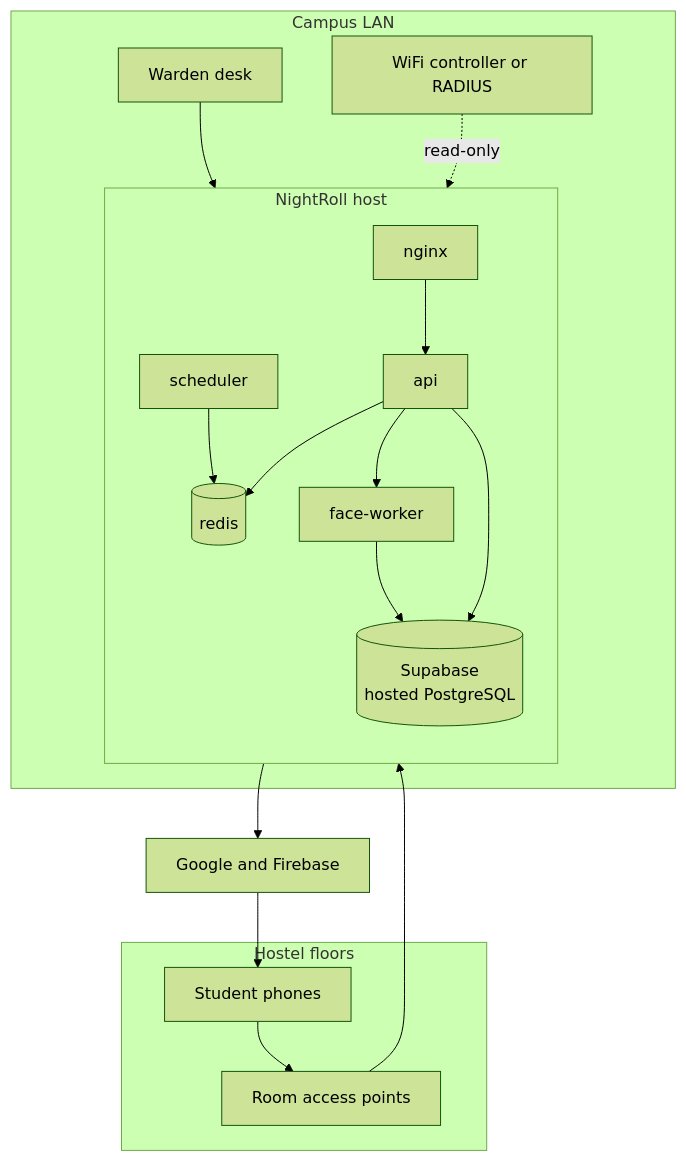
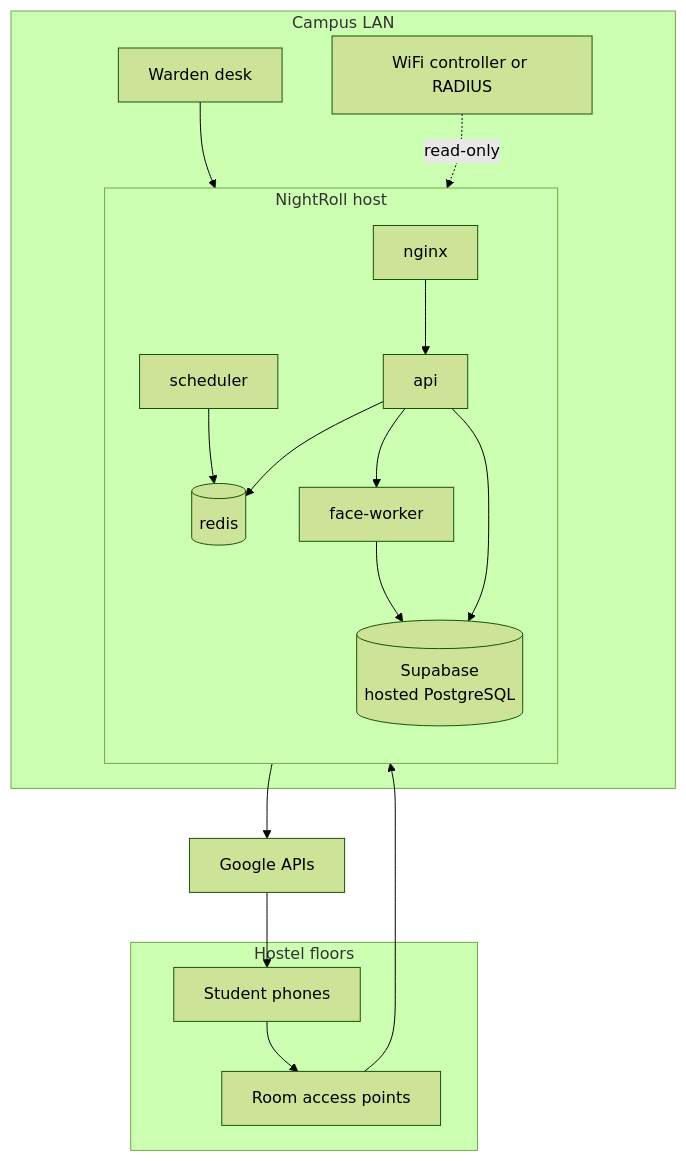
The tenth of 10 diagrams in docs/architecture.md (Rahul-8283/NightRoll), drawn with Mermaid (forest theme) before and after one commit. The commit also changed other lines of this file and 14 other files, not shown here.

````diff
--- a/docs/architecture.md
+++ b/docs/architecture.md
@@ -425,34 +416,34 @@
 ```mermaid
 flowchart TB
     subgraph Rooms["Hostel floors"]
         Ph["Student phones"]
         APs["Room access points"]
         Ph --> APs
     end
 
     subgraph Campus["Campus LAN"]
         Warden["Warden desk"]
         Ctrl["WiFi controller or RADIUS"]
         subgraph Host["NightRoll host"]
             direction TB
             N["nginx"]
             A["api"]
             F["face-worker"]
             S["scheduler"]
             P[("Supabase<br/>hosted PostgreSQL")]
             R[("redis")]
             N --> A
             A --> P
             A --> R
             A --> F
             S --> R
             F --> P
         end
         Warden --> N
         Ctrl -. "read-only" .-> A
     end
 
     APs --> N
-    A --> Google["Google and Firebase"]
+    A --> Google["Google APIs"]
     Google --> Ph
 ```
````
